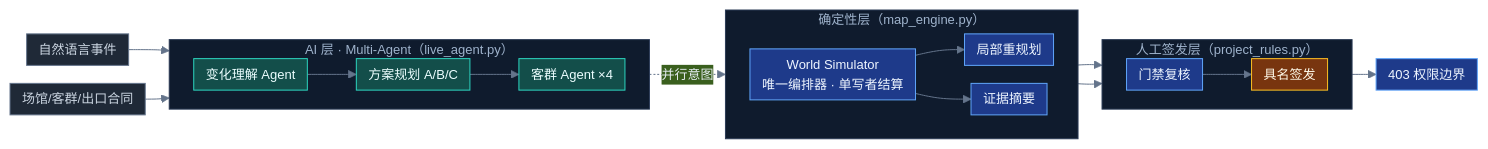
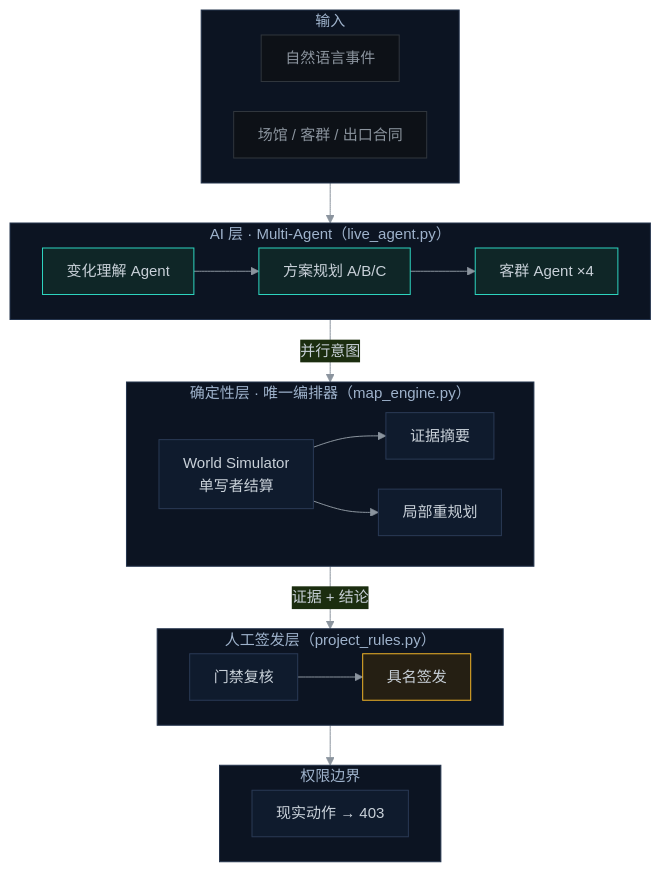
Before and after one commit to mumudecrance-ship-it/ai-agent-portfolio: the second of 2 diagrams in README.md, drawn with Mermaid. The commit also changed other lines of this file, not shown here.

Commit message:
架构图精修：横向分层布局 + 15px 可读字号 + 统一低饱和配色（细边框、少量强调色）

````diff
--- a/README.md
+++ b/README.md
@@ -180,34 +187,40 @@
 ```mermaid
-%%{init: {'theme': 'base', 'themeVariables': {'backgroundColor': '#0a1120', 'primaryColor': '#1e3a5f', 'primaryTextColor': '#e6edf3', 'primaryBorderColor': '#3b82f6', 'lineColor': '#64748b', 'fontSize': '13px', 'clusterBkg': '#0f1b2d', 'clusterBorder': '#2a3a55', 'titleColor': '#9fb3cc'}, 'flowchart': {'nodeSpacing': 18, 'rankSpacing': 24, 'padding': 6}}}%%
-flowchart LR
-    NL["自然语言事件"]:::in --> CHG
-    CASE["场馆/客群/出口合同"]:::in --> CHG
+%%{init: {'theme': 'base', 'themeVariables': {'backgroundColor': '#0a1120', 'primaryColor': '#0f1b2d', 'primaryTextColor': '#c9d1d9', 'primaryBorderColor': '#2a3a55', 'lineColor': '#8b949e', 'fontSize': '15px', 'clusterBkg': '#0c1422', 'clusterBorder': '#24344d', 'titleColor': '#9fb3cc'}, 'flowchart': {'nodeSpacing': 30, 'rankSpacing': 40, 'padding': 12}}}%%
+flowchart TB
+    subgraph IN["输入"]
+        direction LR
+        NL["自然语言事件"]:::in
+        CASE["场馆 / 客群 / 出口合同"]:::in
+    end
 
-    subgraph AI["AI 层 · Multi-Agent（live_agent.py）"]
+    subgraph AGENT["AI 层 · Multi-Agent（live_agent.py）"]
         direction LR
         CHG["变化理解 Agent"]:::ai --> PLAN["方案规划 A/B/C"]:::ai --> C1["客群 Agent ×4"]:::ai
     end
 
-    subgraph DET["确定性层（map_engine.py）"]
+    subgraph DET["确定性层 · 唯一编排器（map_engine.py）"]
         direction LR
-        SIM["World Simulator<br/>唯一编排器 · 单写者结算"]:::det --> REPLAN["局部重规划"]:::det
-        SIM --> EVID["证据摘要"]:::det
+        SIM["World Simulator<br/>单写者结算"]:::base --> EVID["证据摘要"]:::base
+        SIM --> REPLAN["局部重规划"]:::base
     end
 
     subgraph HUM["人工签发层（project_rules.py）"]
         direction LR
-        CHECK["门禁复核"]:::det --> SIGN["具名签发"]:::human
+        CHECK["门禁复核"]:::base --> SIGN["具名签发"]:::human
     end
 
-    BOUND["403 权限边界"]:::det
+    subgraph BND["权限边界"]
+        direction LR
+        BOUND["现实动作 → 403"]:::base
+    end
 
-    C1 -.->|并行意图| SIM
-    REPLAN --> CHECK
-    EVID --> CHECK
-    SIGN --> BOUND
+    IN --> AGENT
+    AGENT -->|并行意图| DET
+    DET -->|证据 + 结论| HUM
+    HUM --> BND
 
-    classDef in fill:#1f2937,stroke:#64748b,color:#cbd5e1;
-    classDef ai fill:#134e4a,stroke:#2dd4bf,color:#ecfeff;
-    classDef det fill:#1e3a8a,stroke:#60a5fa,color:#eff6ff;
-    classDef human fill:#78350f,stroke:#fbbf24,color:#fffbeb;
+    classDef base fill:#0f1b2d,stroke:#2a3a55,color:#c9d1d9;
+    classDef in fill:#0d1117,stroke:#30363d,color:#8b949e;
+    classDef ai fill:#0f2627,stroke:#2dd4bf,color:#c9d1d9;
+    classDef human fill:#251f13,stroke:#f0b429,color:#c9d1d9;
 ```
````
